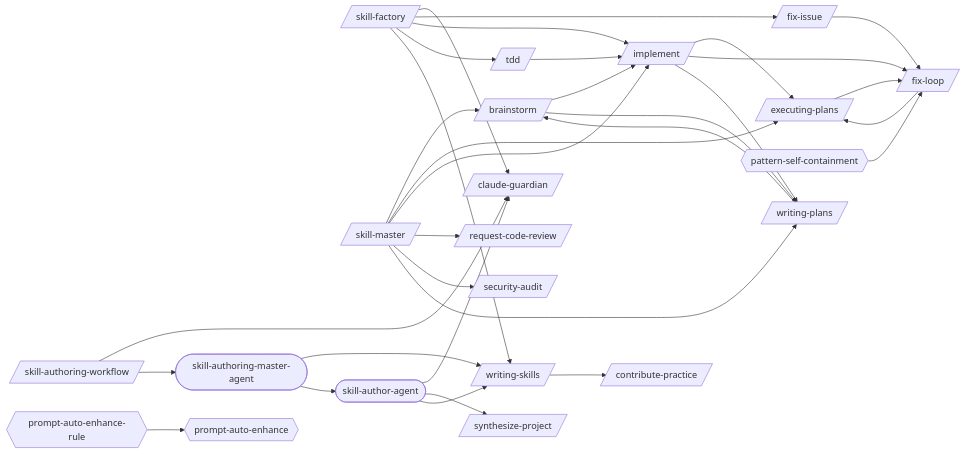
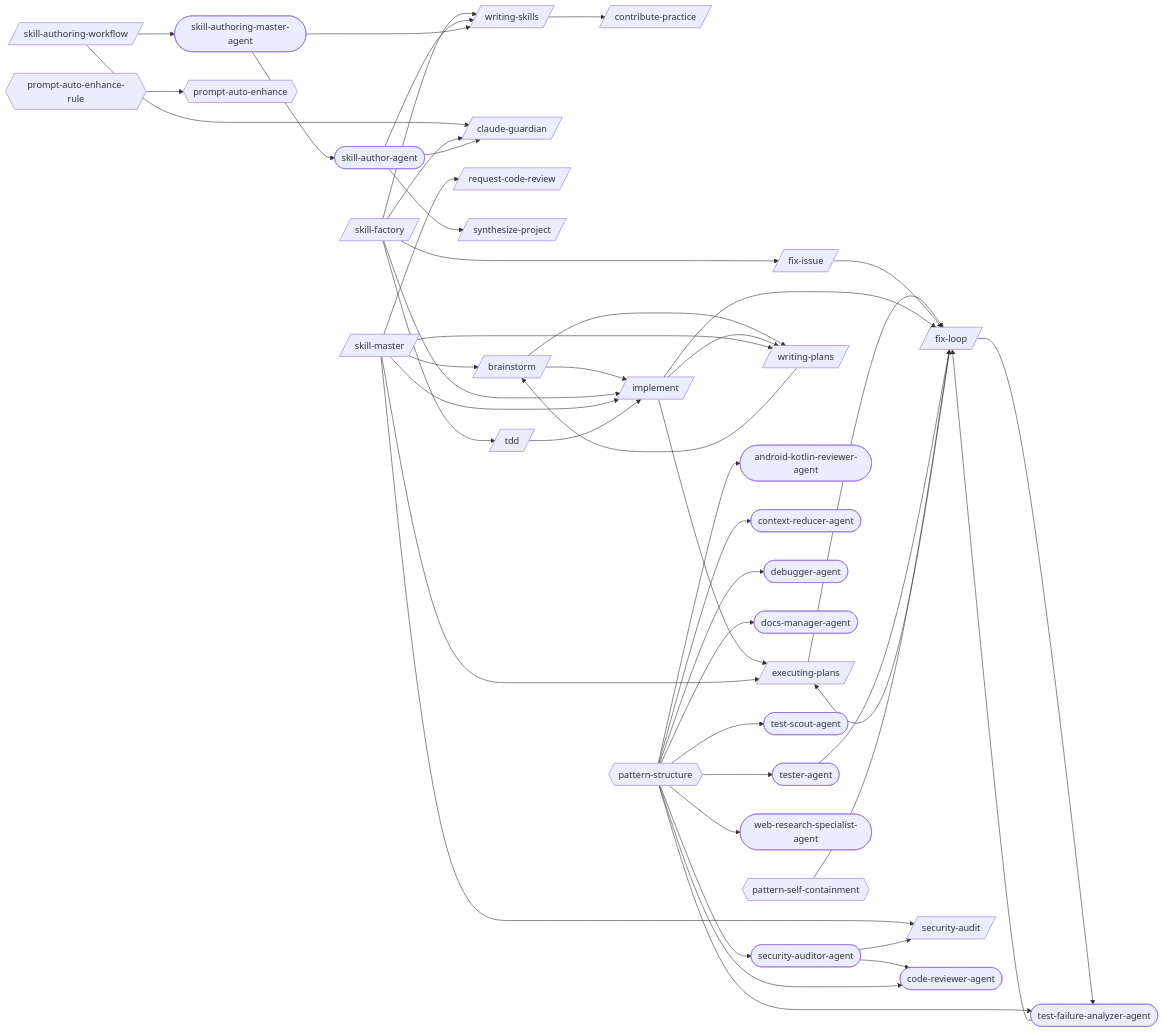
Before and after one commit to abhayla/claude-best-practices: the first of 2 diagrams in docs/workflows/skill-authoring.md, drawn with Mermaid. The commit also changed other lines of this file and 12 other files, not shown here.

````diff
--- a/docs/workflows/skill-authoring.md
+++ b/docs/workflows/skill-authoring.md
@@ -9,55 +9,81 @@
 ```mermaid
 graph LR
     brainstorm[/brainstorm/]
     claude_guardian[/claude-guardian/]
     contribute_practice[/contribute-practice/]
     executing_plans[/executing-plans/]
     fix_issue[/fix-issue/]
     fix_loop[/fix-loop/]
     implement[/implement/]
     request_code_review[/request-code-review/]
     security_audit[/security-audit/]
     skill_authoring_workflow[/skill-authoring-workflow/]
     skill_factory[/skill-factory/]
     skill_master[/skill-master/]
     synthesize_project[/synthesize-project/]
     tdd[/tdd/]
     writing_plans[/writing-plans/]
     writing_skills[/writing-skills/]
+    android_kotlin_reviewer_agent([android-kotlin-reviewer-agent])
+    code_reviewer_agent([code-reviewer-agent])
+    context_reducer_agent([context-reducer-agent])
+    debugger_agent([debugger-agent])
+    docs_manager_agent([docs-manager-agent])
+    security_auditor_agent([security-auditor-agent])
     skill_author_agent([skill-author-agent])
     skill_authoring_master_agent([skill-authoring-master-agent])
+    test_failure_analyzer_agent([test-failure-analyzer-agent])
+    test_scout_agent([test-scout-agent])
+    tester_agent([tester-agent])
+    web_research_specialist_agent([web-research-specialist-agent])
     pattern_self_containment{{pattern-self-containment}}
+    pattern_structure{{pattern-structure}}
     prompt_auto_enhance{{prompt-auto-enhance}}
     prompt_auto_enhance_rule{{prompt-auto-enhance-rule}}
     brainstorm --> implement
     brainstorm --> writing_plans
     executing_plans --> fix_loop
     fix_issue --> fix_loop
     fix_loop --> executing_plans
+    fix_loop --> test_failure_analyzer_agent
     implement --> executing_plans
     implement --> fix_loop
     implement --> writing_plans
     skill_authoring_workflow --> claude_guardian
     skill_authoring_workflow --> skill_authoring_master_agent
     skill_factory --> claude_guardian
     skill_factory --> fix_issue
     skill_factory --> implement
     skill_factory --> tdd
     skill_factory --> writing_skills
     skill_master --> brainstorm
     skill_master --> executing_plans
     skill_master --> implement
     skill_master --> request_code_review
     skill_master --> security_audit
     skill_master --> writing_plans
     tdd --> implement
     writing_plans --> brainstorm
     writing_skills --> contribute_practice
+    security_auditor_agent --> security_audit
+    security_auditor_agent --> code_reviewer_agent
     skill_author_agent --> claude_guardian
     skill_author_agent --> synthesize_project
     skill_author_agent --> writing_skills
     skill_authoring_master_agent --> writing_skills
     skill_authoring_master_agent --> skill_author_agent
+    test_failure_analyzer_agent --> fix_loop
+    tester_agent --> fix_loop
     pattern_self_containment --> fix_loop
+    pattern_structure --> android_kotlin_reviewer_agent
+    pattern_structure --> code_reviewer_agent
+    pattern_structure --> context_reducer_agent
+    pattern_structure --> debugger_agent
+    pattern_structure --> docs_manager_agent
+    pattern_structure --> security_auditor_agent
+    pattern_structure --> test_failure_analyzer_agent
+    pattern_structure --> test_scout_agent
+    pattern_structure --> tester_agent
+    pattern_structure --> web_research_specialist_agent
     prompt_auto_enhance_rule --> prompt_auto_enhance
 ```
````
